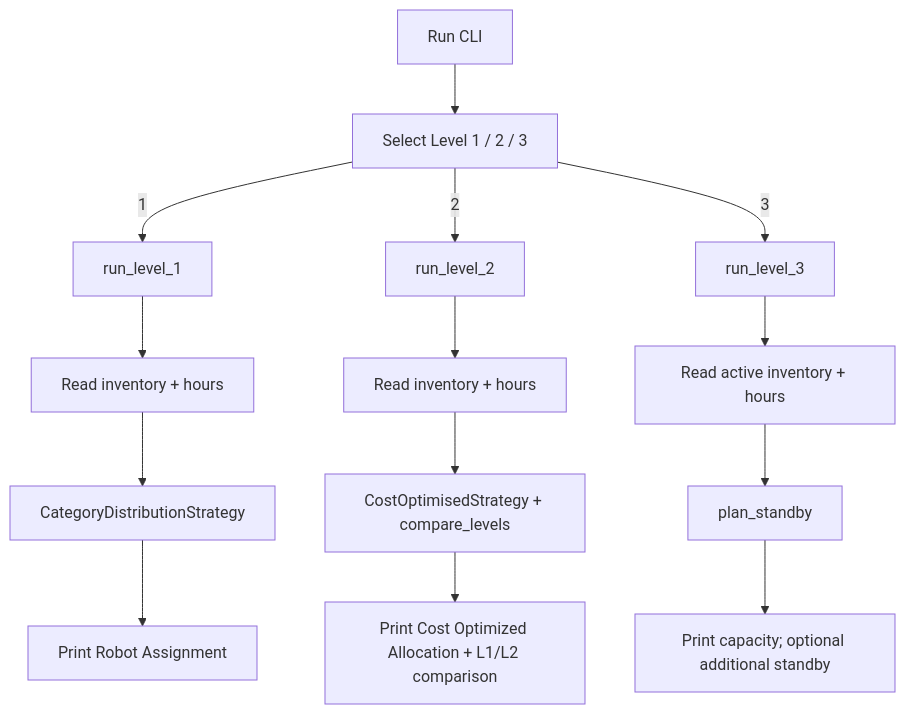
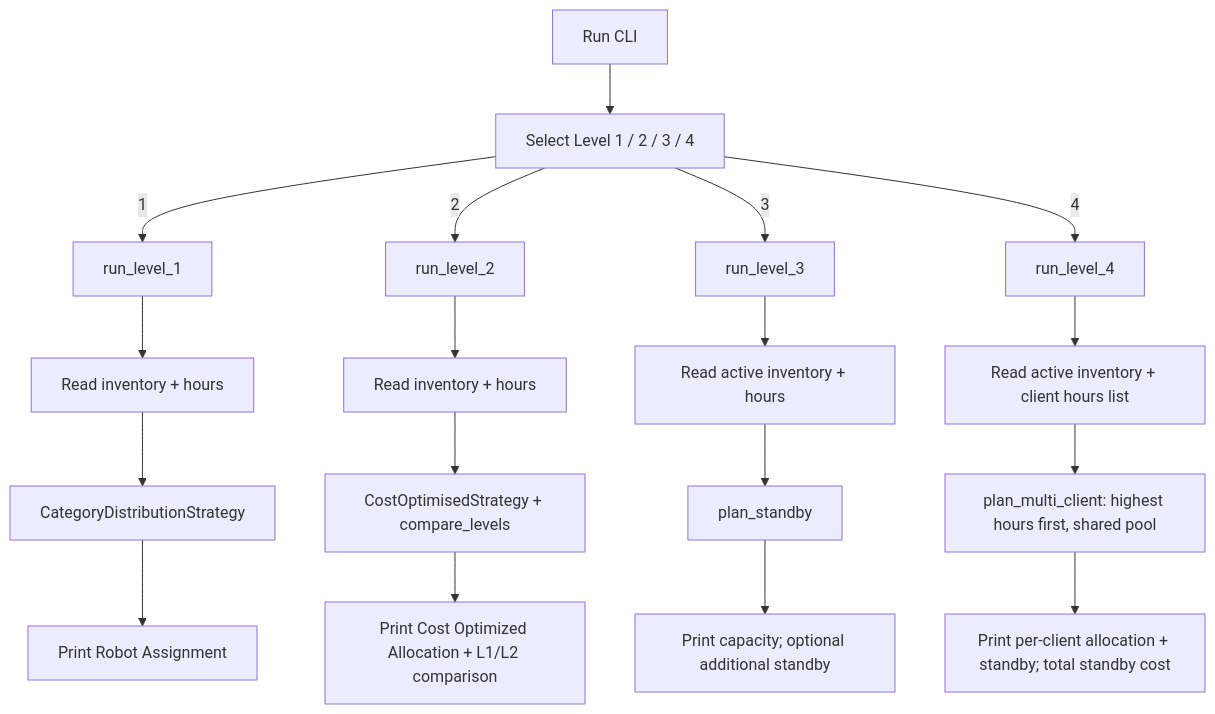
The diagram in app-workflow.md (harvoline/RoWAS), drawn with Mermaid before and after one commit. The commit also changed other lines of this file and 5 other files, not shown here.

````diff
--- a/app-workflow.md
+++ b/app-workflow.md
@@ -10,16 +10,20 @@
 ```mermaid
 flowchart TD
-    A[Run CLI] --> M[Select Level 1 / 2 / 3]
+    A[Run CLI] --> M[Select Level 1 / 2 / 3 / 4]
     M -->|1| L1[run_level_1]
     M -->|2| L2[run_level_2]
     M -->|3| L3[run_level_3]
+    M -->|4| L4[run_level_4]
     L1 --> I1[Read inventory + hours]
     I1 --> A1[CategoryDistributionStrategy]
     A1 --> O1[Print Robot Assignment]
     L2 --> I2[Read inventory + hours]
     I2 --> A2[CostOptimisedStrategy + compare_levels]
     A2 --> O2[Print Cost Optimized Allocation + L1/L2 comparison]
     L3 --> I3[Read active inventory + hours]
     I3 --> A3[plan_standby]
     A3 --> O3[Print capacity; optional additional standby]
+    L4 --> I4[Read active inventory + client hours list]
+    I4 --> A4[plan_multi_client: highest hours first, shared pool]
+    A4 --> O4[Print per-client allocation + standby; total standby cost]
 ```
````
